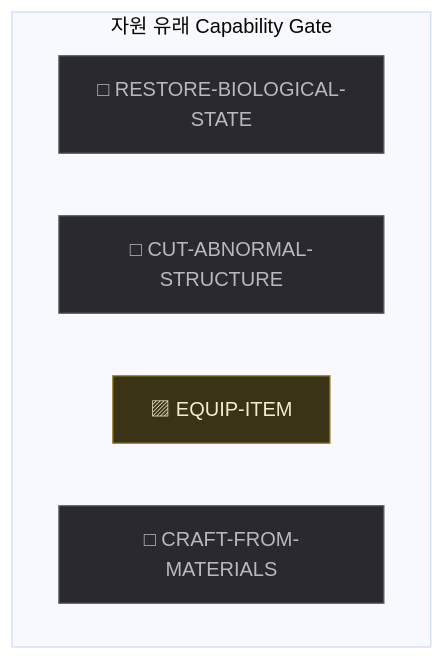
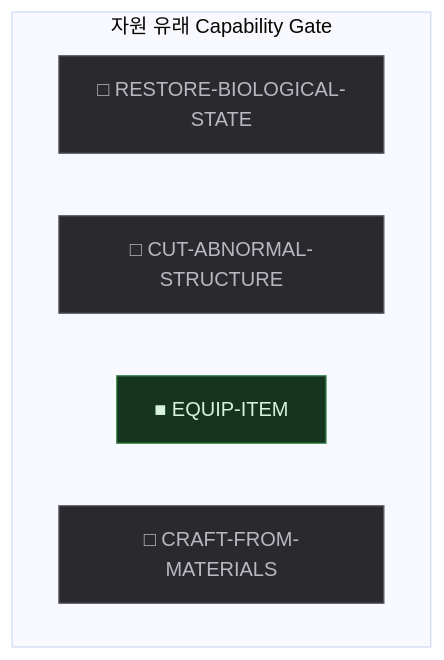
The fifth of 11 diagrams in HktAdvProtoH/content/proto-adventure/master/graph/GRAPH.md (dkwkekzz/HktFramework), drawn with Mermaid (base theme) before and after one commit. The commit also changed other lines of this file and 6 other files, not shown here.

````diff
--- a/HktAdvProtoH/content/proto-adventure/master/graph/GRAPH.md
+++ b/HktAdvProtoH/content/proto-adventure/master/graph/GRAPH.md
@@ -274,18 +274,18 @@
 ```mermaid
 flowchart TB
   subgraph SEGBASE ["자원 유래 Capability Gate"]
     N0["□ RESTORE-BIOLOGICAL-STATE"]
     N1["□ CUT-ABNORMAL-STRUCTURE"]
-    N2["▨ EQUIP-ITEM"]
+    N2["■ EQUIP-ITEM"]
     N3["□ CRAFT-FROM-MATERIALS"]
   end
 
   classDef impl fill:#16351f,stroke:#3f8a52,color:#d8f2df;
   classDef part fill:#3a3315,stroke:#9a8a2e,color:#f2ecd0;
   classDef miss fill:#2a2a2e,stroke:#5c5c66,color:#b8b8c2;
   classDef implS fill:#16351f,stroke:#3f8a52,color:#d8f2df,stroke-dasharray:5 4;
   classDef partS fill:#3a3315,stroke:#9a8a2e,color:#f2ecd0,stroke-dasharray:5 4;
   classDef missS fill:#2a2a2e,stroke:#5c5c66,color:#b8b8c2,stroke-dasharray:5 4;
-  class N2 part;
+  class N2 impl;
   class N0,N1,N3 miss;
 ```
````
